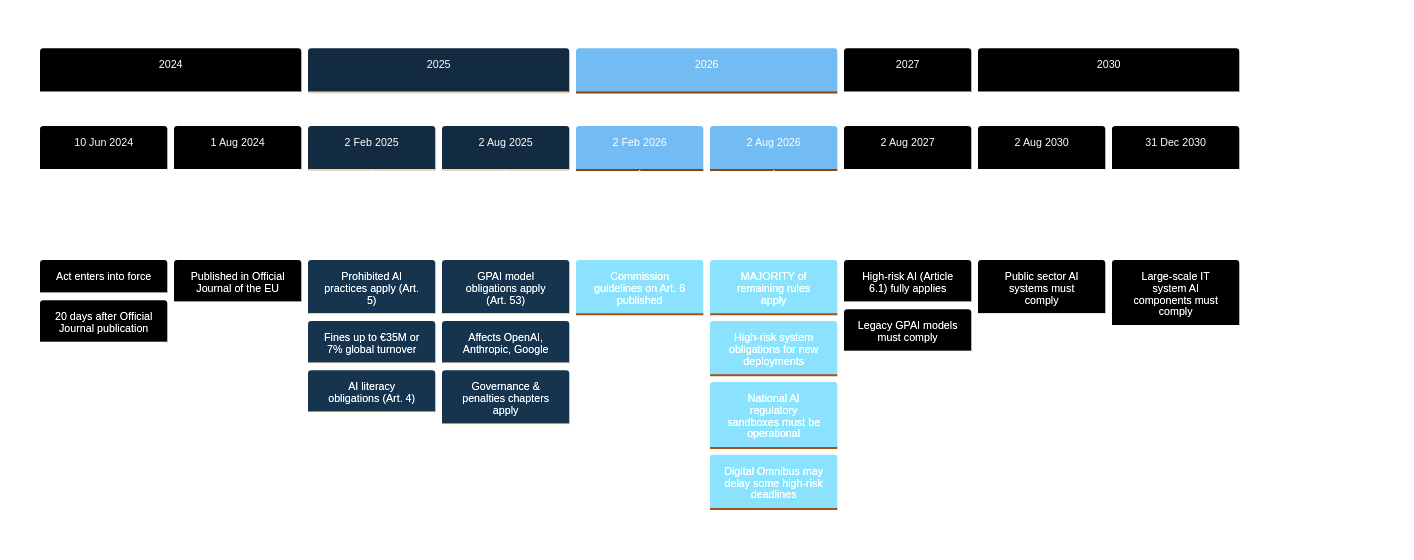
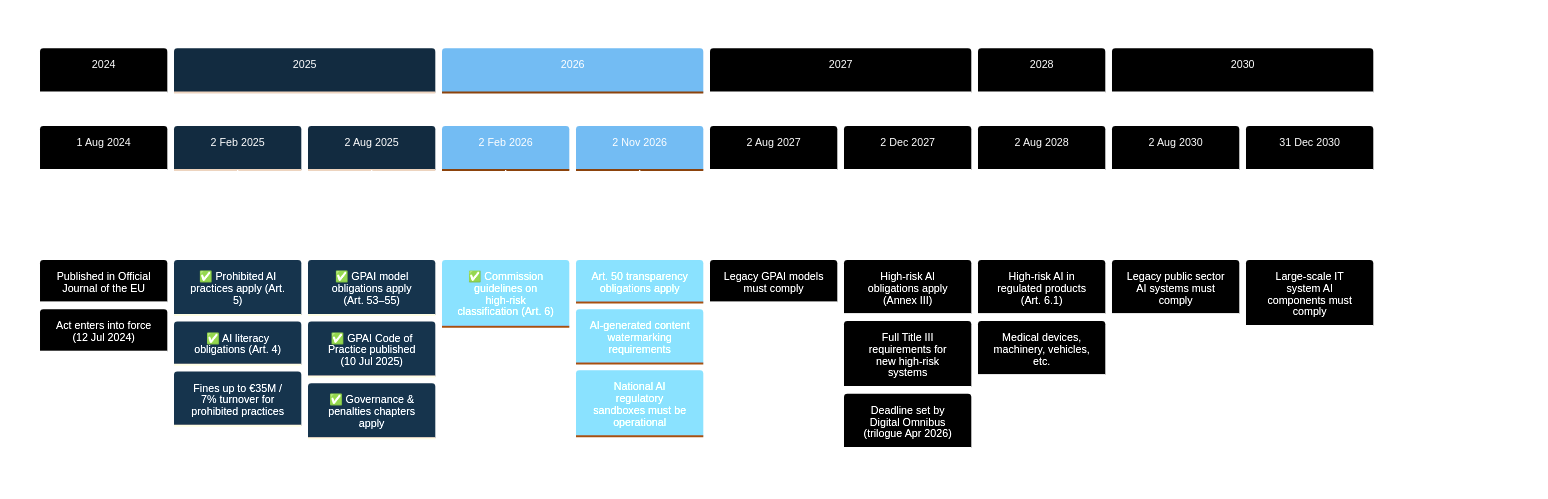
The diagram in assets/eu-ai-act-timeline.mmd (diShine-digital-agency/ai-compliance-framework), drawn with Mermaid before and after one commit. The commit also changed 7 other files, not shown here.

First line of the commit message:
fix: update EU AI Act timelines, correct legal inaccuracies, refocus to EU jurisdiction

```diff
--- a/assets/eu-ai-act-timeline.mmd
+++ b/assets/eu-ai-act-timeline.mmd
@@ -1,26 +1,29 @@
 %%{init: {'theme': 'base', 'themeVariables': {'primaryColor': '#1E3A5F', 'primaryTextColor': '#fff', 'primaryBorderColor': '#0D2137', 'lineColor': '#4A90D9', 'secondaryColor': '#2E6DA4', 'tertiaryColor': '#E8F4FD'}}}%%
 timeline
-    title EU AI Act Enforcement Timeline (Regulation 2024/1689)
+    title EU AI Act Enforcement Timeline (Regulation 2024/1689, updated with Digital Omnibus)
     section 2024
-        10 Jun 2024 : Act enters into force
-                    : 20 days after Official Journal publication
         1 Aug 2024  : Published in Official Journal of the EU
+                    : Act enters into force (12 Jul 2024)
     section 2025
-        2 Feb 2025  : Prohibited AI practices apply (Art. 5)
-                   : Fines up to €35M or 7% global turnover
-                   : AI literacy obligations (Art. 4)
-        2 Aug 2025  : GPAI model obligations apply (Art. 53)
-                   : Affects OpenAI, Anthropic, Google
-                   : Governance & penalties chapters apply
+        2 Feb 2025  : ✅ Prohibited AI practices apply (Art. 5)
+                   : ✅ AI literacy obligations (Art. 4)
+                   : Fines up to €35M / 7% turnover for prohibited practices
+        2 Aug 2025  : ✅ GPAI model obligations apply (Art. 53–55)
+                   : ✅ GPAI Code of Practice published (10 Jul 2025)
+                   : ✅ Governance & penalties chapters apply
     section 2026
-        2 Feb 2026  : Commission guidelines on Art. 6 published
-        2 Aug 2026  : MAJORITY of remaining rules apply
-                   : High-risk system obligations for new deployments
+        2 Feb 2026  : ✅ Commission guidelines on high-risk classification (Art. 6)
+        2 Nov 2026  : Art. 50 transparency obligations apply
+                   : AI-generated content watermarking requirements
                    : National AI regulatory sandboxes must be operational
-                   : Digital Omnibus may delay some high-risk deadlines
     section 2027
-        2 Aug 2027  : High-risk AI (Article 6.1) fully applies
-                   : Legacy GPAI models must comply
+        2 Aug 2027  : Legacy GPAI models must comply
+        2 Dec 2027  : High-risk AI obligations apply (Annex III)
+                   : Full Title III requirements for new high-risk systems
+                   : Deadline set by Digital Omnibus (trilogue Apr 2026)
+    section 2028
+        2 Aug 2028  : High-risk AI in regulated products (Art. 6.1)
+                   : Medical devices, machinery, vehicles, etc.
     section 2030
-        2 Aug 2030  : Public sector AI systems must comply
+        2 Aug 2030  : Legacy public sector AI systems must comply
         31 Dec 2030 : Large-scale IT system AI components must comply
```
